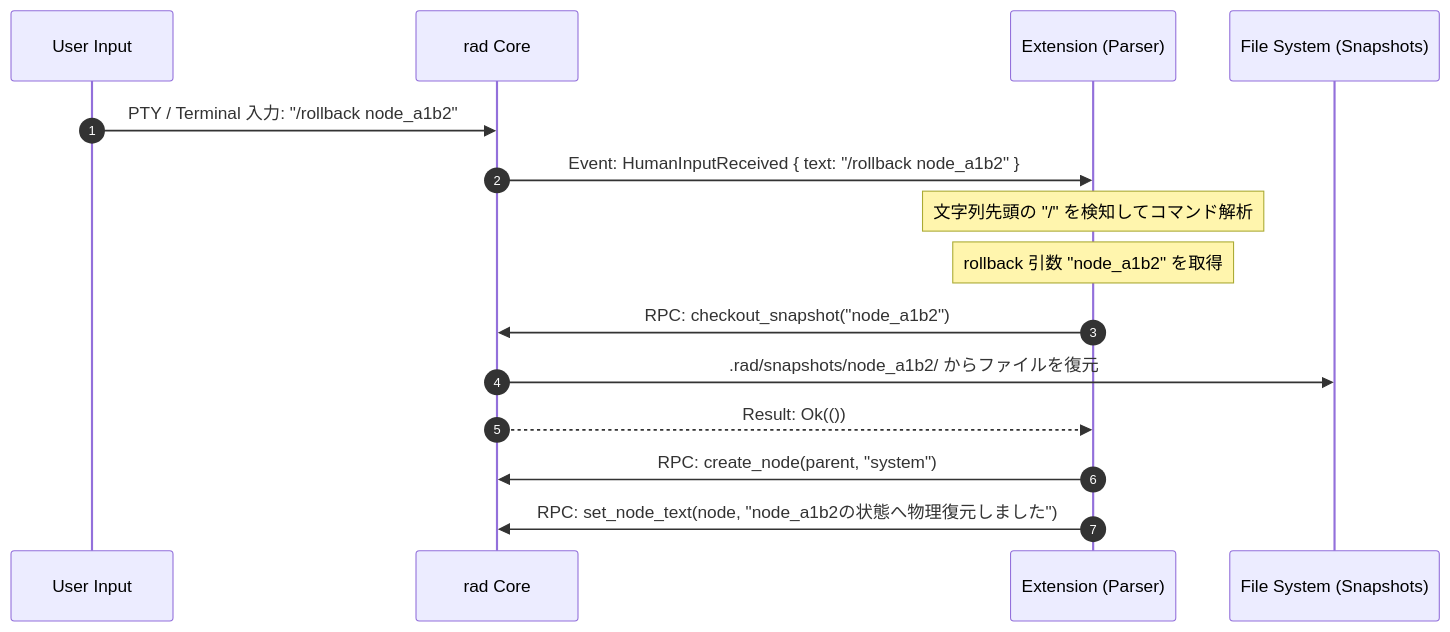
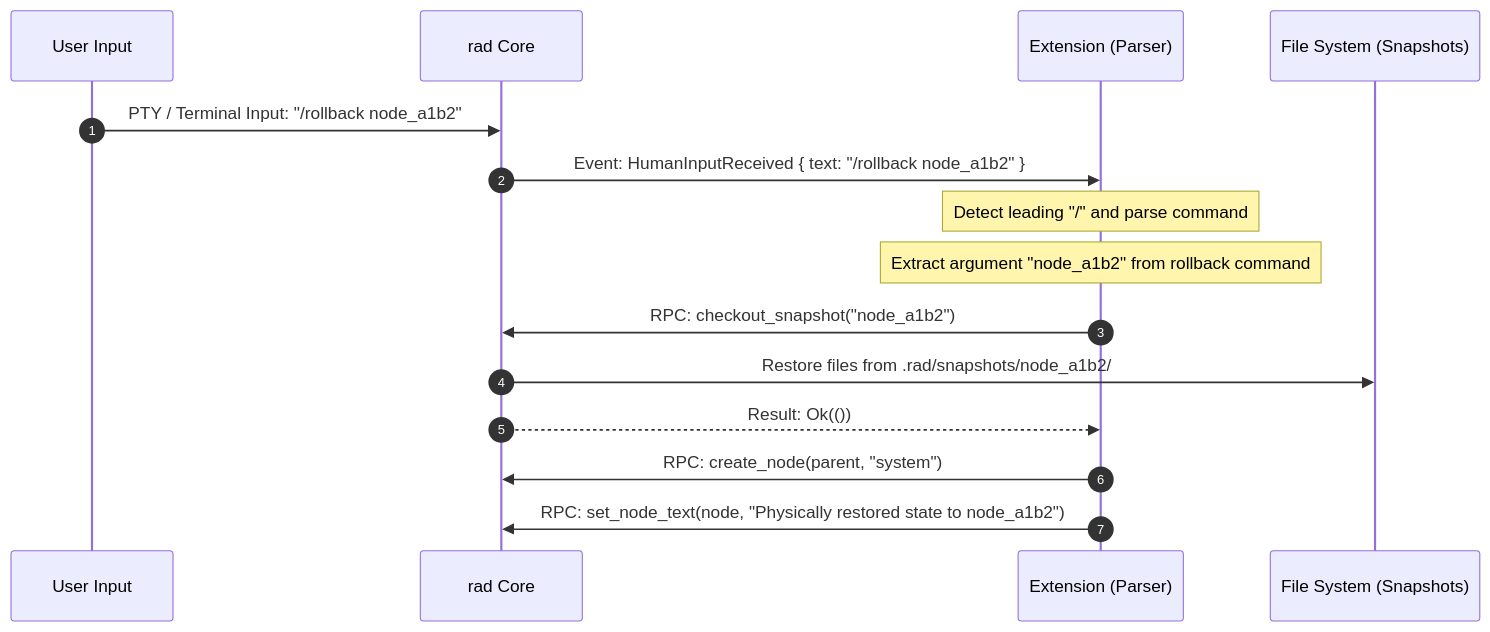
One commit to akahmys/rad changed the fourth of 4 diagrams in ARCHITECTURE.md. Above: the diagram before and after it, drawn with Mermaid. The commit also changed other lines of this file and 4 other files, not shown here.

````diff
--- a/ARCHITECTURE.md
+++ b/ARCHITECTURE.md
@@ -326,18 +326,18 @@
 ```mermaid
 sequenceDiagram
     autonumber
     participant User as User Input
     participant Core as rad Core
     participant Ext as Extension (Parser)
     participant FS as File System (Snapshots)
 
-    User->>Core: PTY / Terminal 入力: "/rollback node_a1b2"
+    User->>Core: PTY / Terminal Input: "/rollback node_a1b2"
     Core->>Ext: Event: HumanInputReceived { text: "/rollback node_a1b2" }
-    Note over Ext: 文字列先頭の "/" を検知してコマンド解析
-    Note over Ext: rollback 引数 "node_a1b2" を取得
+    Note over Ext: Detect leading "/" and parse command
+    Note over Ext: Extract argument "node_a1b2" from rollback command
     Ext->>Core: RPC: checkout_snapshot("node_a1b2")
-    Core->>FS: .rad/snapshots/node_a1b2/ からファイルを復元
+    Core->>FS: Restore files from .rad/snapshots/node_a1b2/
     Core-->>Ext: Result: Ok(())
     Ext->>Core: RPC: create_node(parent, "system")
-    Ext->>Core: RPC: set_node_text(node, "node_a1b2の状態へ物理復元しました")
+    Ext->>Core: RPC: set_node_text(node, "Physically restored state to node_a1b2")
 ```
````
